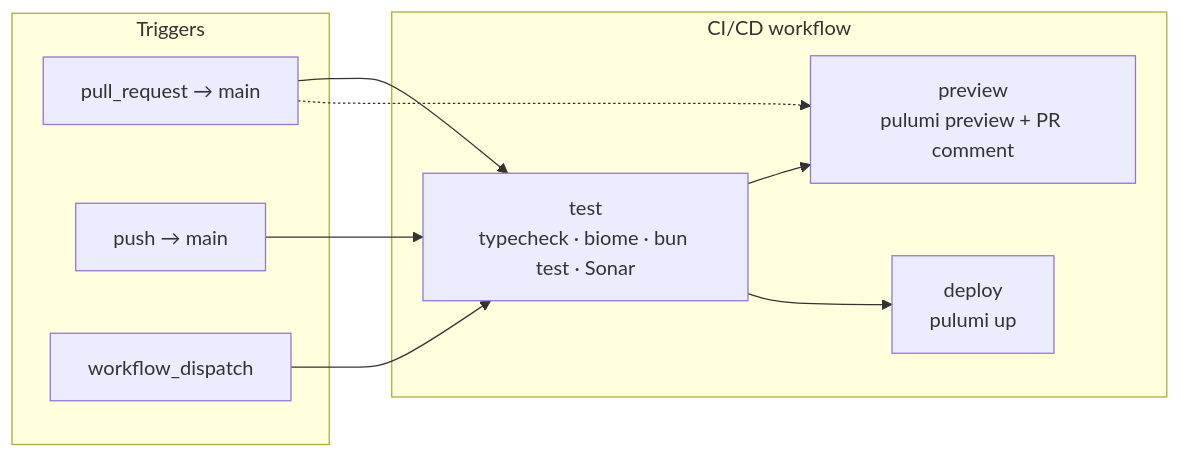
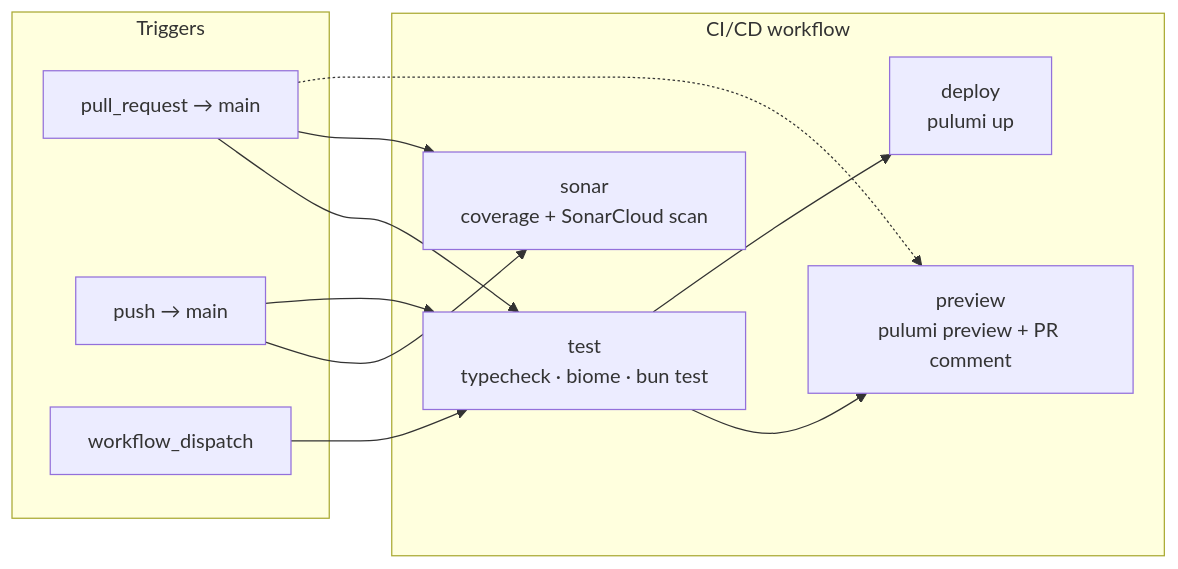
The second of 2 diagrams in README.md (thaw-app/platform), drawn with Mermaid before and after one commit. The commit also changed other lines of this file and 25 other files, not shown here.

````diff
--- a/README.md
+++ b/README.md
@@ -97,21 +97,24 @@
 ```mermaid
 flowchart LR
   subgraph triggers["Triggers"]
     pr["pull_request → main"]
     push["push → main"]
     dispatch["workflow_dispatch"]
   end
 
   subgraph ci["CI/CD workflow"]
-    test["test<br/>typecheck · biome · bun test · Sonar"]
+    test["test<br/>typecheck · biome · bun test"]
+    sonar["sonar<br/>coverage + SonarCloud scan"]
     preview["preview<br/>pulumi preview + PR comment"]
     deploy["deploy<br/>pulumi up"]
   end
 
   pr --> test
+  pr --> sonar
+  push --> sonar
   dispatch --> test
   test --> preview
   push --> test
   test --> deploy
   pr -.-> preview
 ```
````
